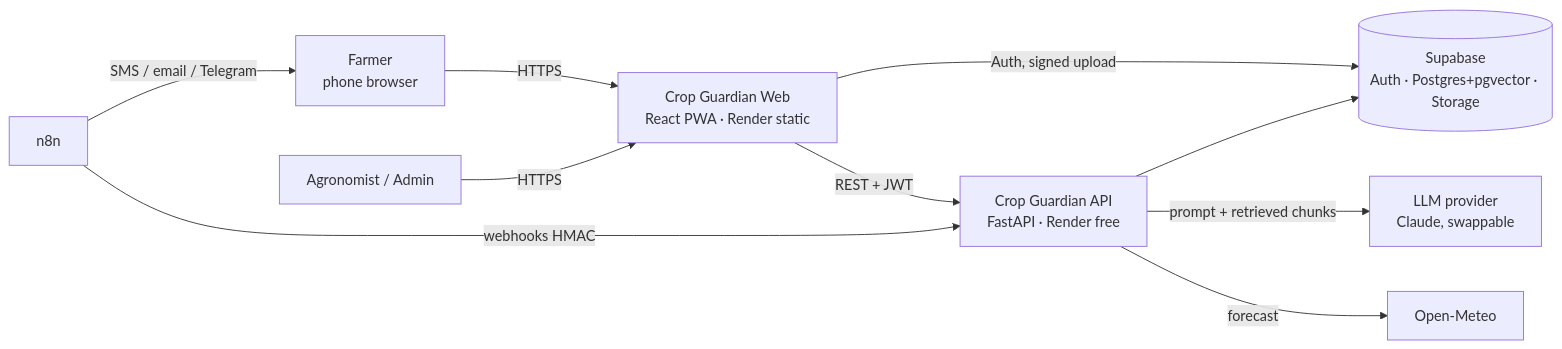
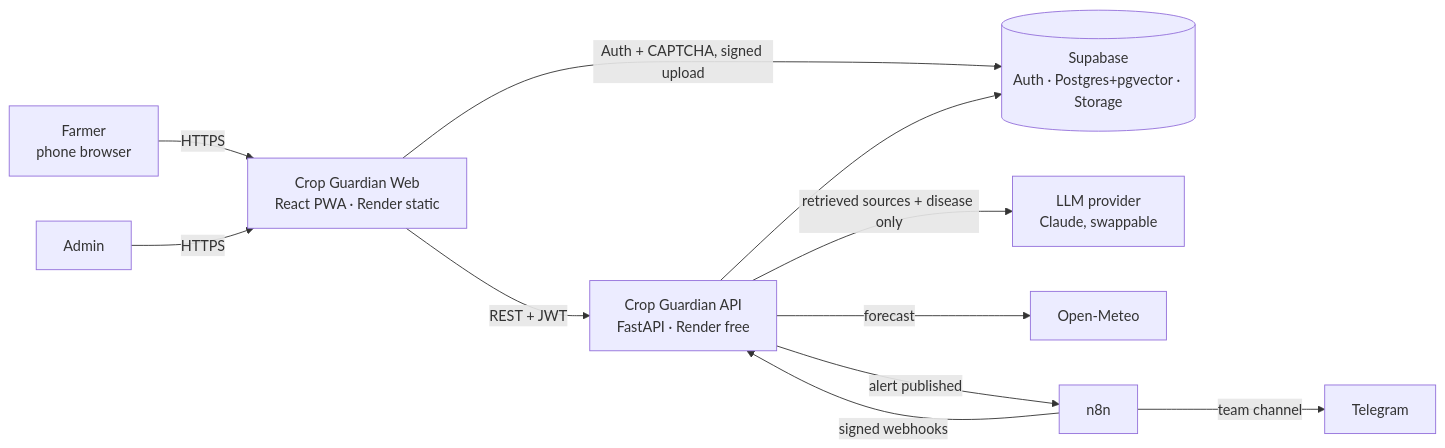
Before and after one commit to muhtasim-apon/Infinity_AI_Buildfest: the diagram in cropguardian/docs/system-design/SDD.md, drawn with Mermaid. The commit also changed other lines of this file and 221 other files, not shown here.

````diff
--- a/cropguardian/docs/system-design/SDD.md
+++ b/cropguardian/docs/system-design/SDD.md
@@ -99,12 +98,13 @@
 ```mermaid
 flowchart LR
   F[Farmer<br/>phone browser] -->|HTTPS| W[Crop Guardian Web<br/>React PWA · Render static]
-  A[Agronomist / Admin] -->|HTTPS| W
+  A[Admin] -->|HTTPS| W
   W -->|REST + JWT| API[Crop Guardian API<br/>FastAPI · Render free]
-  W -->|Auth, signed upload| SB[(Supabase<br/>Auth · Postgres+pgvector · Storage)]
+  W -->|Auth + CAPTCHA, signed upload| SB[(Supabase<br/>Auth · Postgres+pgvector · Storage)]
   API --> SB
-  API -->|prompt + retrieved chunks| LLM[LLM provider<br/>Claude, swappable]
+  API -->|retrieved sources + disease only| LLM[LLM provider<br/>Claude, swappable]
   API -->|forecast| OM[Open-Meteo]
-  N8N[n8n] -->|webhooks HMAC| API
-  N8N -->|SMS / email / Telegram| F
+  N8N[n8n] -->|signed webhooks| API
+  API -->|alert published| N8N
+  N8N -->|team channel| T[Telegram]
 ```
````
